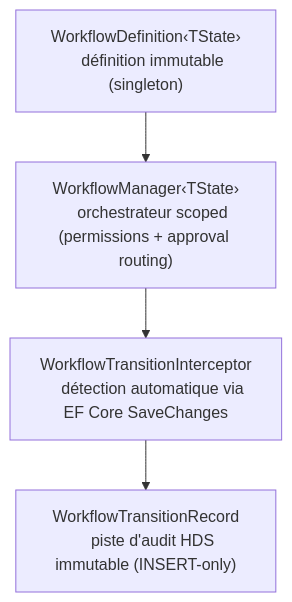
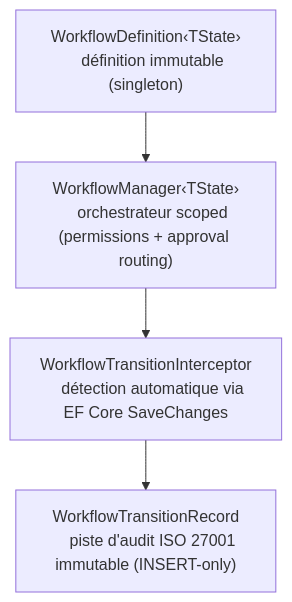
Before and after one commit to enraiz/granit-dotnet: the first of 2 diagrams in docs/framework/workflow/index.md, drawn with Mermaid. The commit also changed other lines of this file and 319 other files, not shown here.

````diff
--- a/docs/framework/workflow/index.md
+++ b/docs/framework/workflow/index.md
@@ -16,11 +16,11 @@
 ```mermaid
 flowchart TD
     A["WorkflowDefinition‹TState›
     définition immutable (singleton)"]
     --> B["WorkflowManager‹TState›
     orchestrateur scoped (permissions + approval routing)"]
     --> C["WorkflowTransitionInterceptor
     détection automatique via EF Core SaveChanges"]
     --> D["WorkflowTransitionRecord
-    piste d'audit HDS immutable (INSERT-only)"]
+    piste d'audit ISO 27001 immutable (INSERT-only)"]
 ```
````
